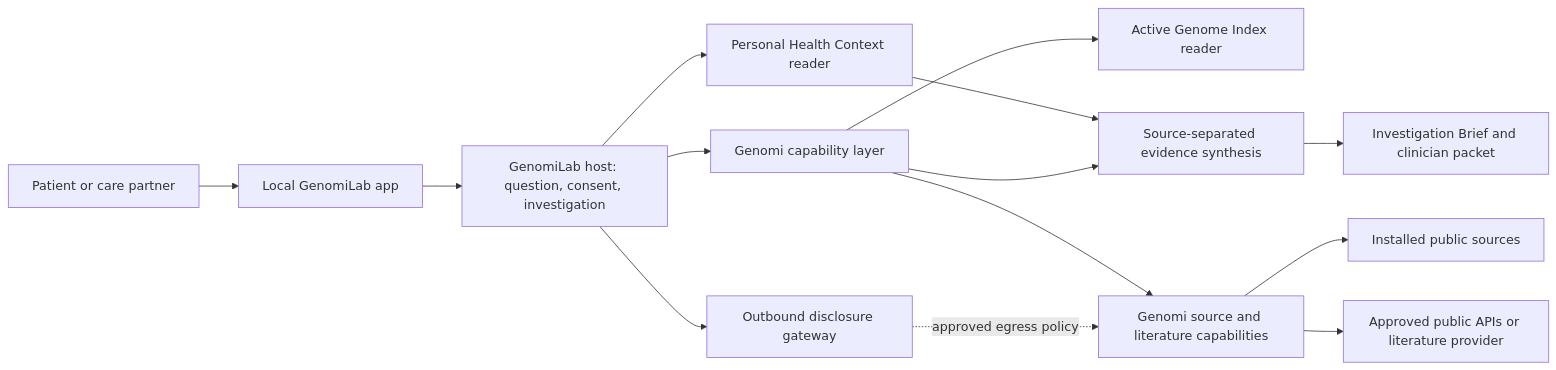
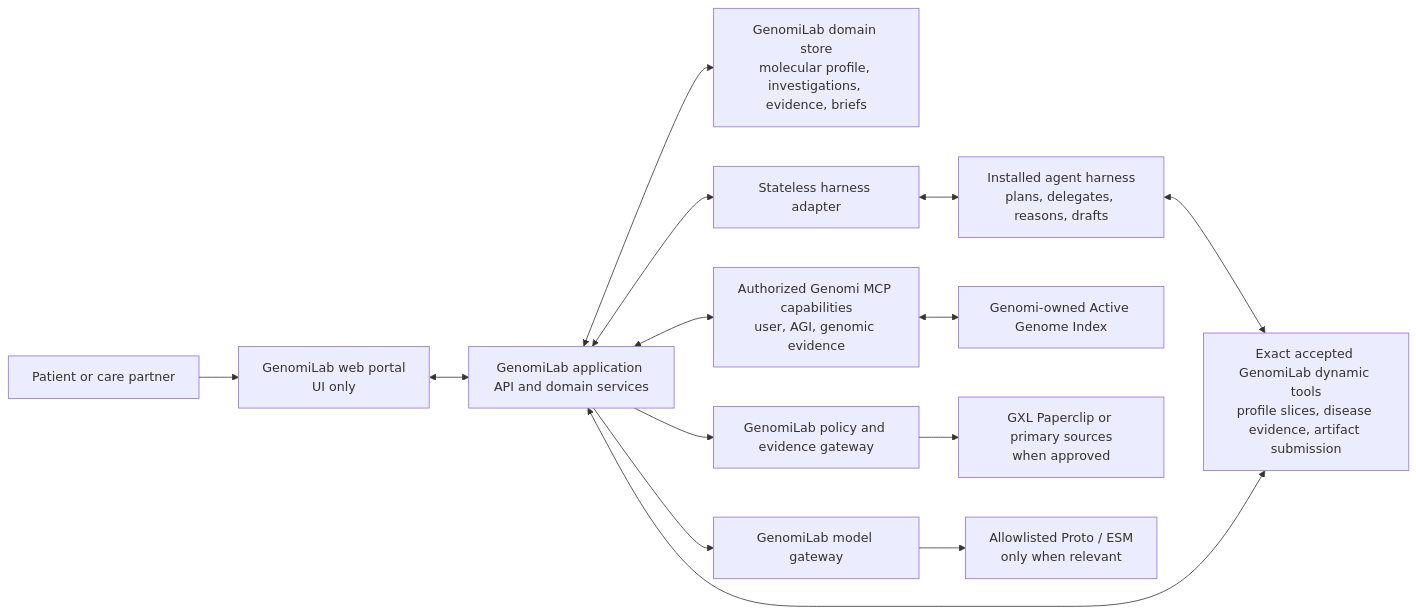
Before and after one commit to exon-research/genomi: the diagram in GENOMILAB_PRODUCT_DEFINITION.md, drawn with Mermaid. The commit also changed other lines of this file and 181 other files, not shown here.

Commit message:
Harden GenomiLab disease research workflows

````diff
--- a/GENOMILAB_PRODUCT_DEFINITION.md
+++ b/GENOMILAB_PRODUCT_DEFINITION.md
@@ -593,16 +180,16 @@
 ```mermaid
 flowchart LR
-    P["Patient or care partner"] --> UI["Local GenomiLab app"]
-    UI --> H["GenomiLab host: question, consent, investigation"]
-    H --> HC["Personal Health Context reader"]
-    H --> G["Genomi capability layer"]
-    G --> AGI["Active Genome Index reader"]
-    G --> SRC["Genomi source and literature capabilities"]
-    SRC --> PUB["Installed public sources"]
-    SRC --> EXT["Approved public APIs or literature provider"]
-    H --> DG["Outbound disclosure gateway"]
-    DG -. "approved egress policy" .-> SRC
-    HC --> SYN["Source-separated evidence synthesis"]
-    G --> SYN
-    SYN --> B["Investigation Brief and clinician packet"]
+    P["Patient or care partner"] --> UI["GenomiLab web portal\nUI only"]
+    UI <--> D["GenomiLab application API and domain services"]
+    D <--> DS["GenomiLab domain store\nmolecular profile, investigations, evidence, briefs"]
+    D <--> B["Stateless harness adapter"]
+    B <--> H["Installed agent harness\nplans, delegates, reasons, drafts"]
+    H <--> DT["Exact accepted GenomiLab dynamic tools\nprofile slices, disease evidence, artifact submission"]
+    DT <--> D
+    D <--> G["Authorized Genomi MCP capabilities\nuser, AGI, genomic evidence"]
+    G <--> AGI["Genomi-owned Active Genome Index"]
+    D --> EG["GenomiLab policy and evidence gateway"]
+    EG --> PC["GXL Paperclip or primary sources\nwhen approved"]
+    D --> MG["GenomiLab model gateway"]
+    MG --> M["Allowlisted Proto / ESM\nonly when relevant"]
 ```
````
